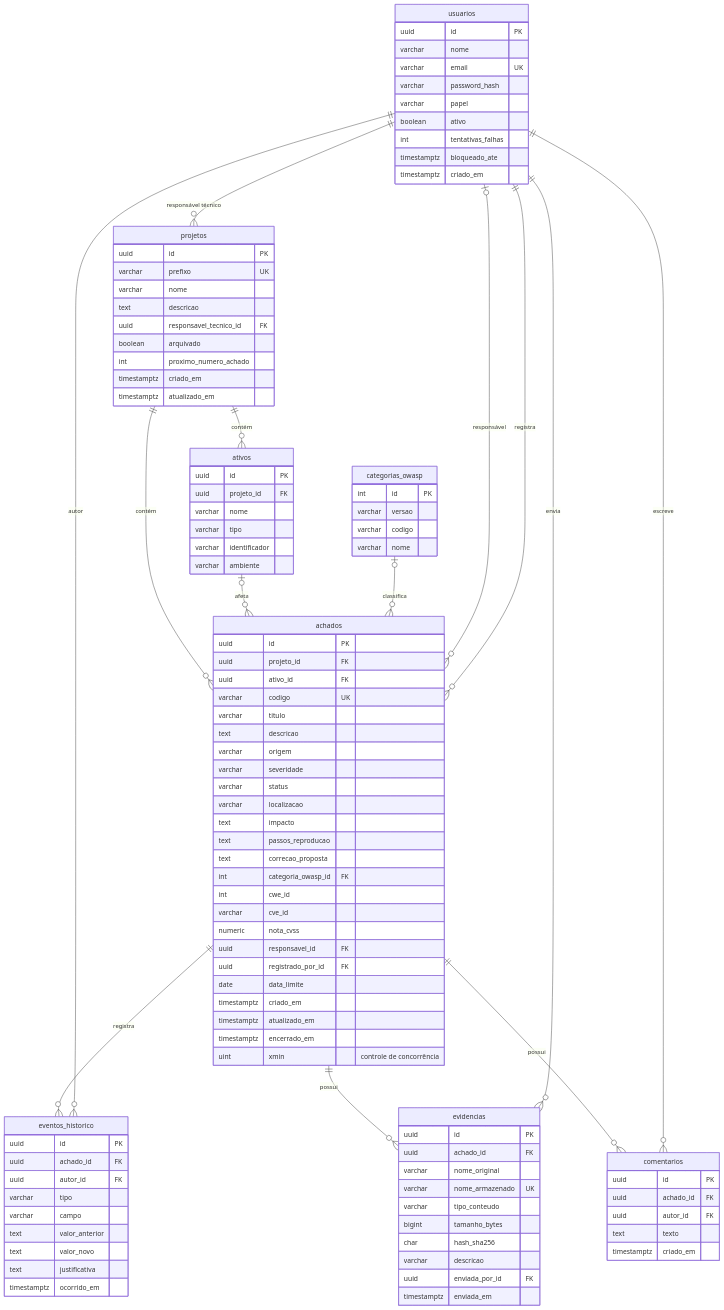
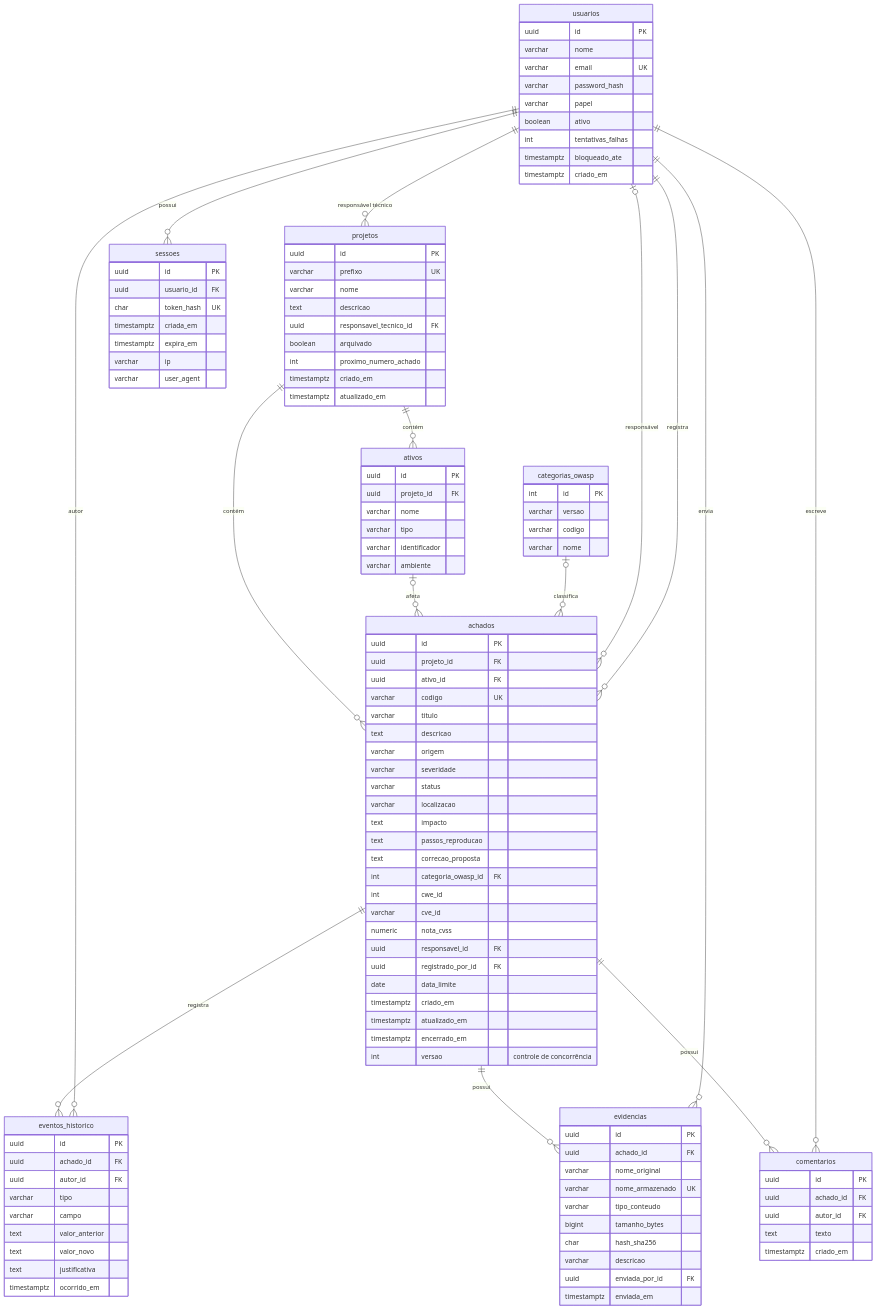
Before and after one commit to DanielTrindade/vulncase: the third of 8 diagrams in docs/03-modelagem.md, drawn with Mermaid. The commit also changed other lines of this file and 10 other files, not shown here.

```diff
--- a/docs/03-modelagem.md
+++ b/docs/03-modelagem.md
@@ -295,7 +295,7 @@
         timestamptz criado_em
         timestamptz atualizado_em
         timestamptz encerrado_em
-        uint xmin "controle de concorrência"
+        int versao "controle de concorrência"
     }
 
     eventos_historico {
@@ -323,6 +323,16 @@
         timestamptz enviada_em
     }
 
+    sessoes {
+        uuid id PK
+        uuid usuario_id FK
+        char token_hash UK
+        timestamptz criada_em
+        timestamptz expira_em
+        varchar ip
+        varchar user_agent
+    }
+
     comentarios {
         uuid id PK
         uuid achado_id FK
@@ -331,6 +341,7 @@
         timestamptz criado_em
     }
 
+    usuarios ||--o{ sessoes : possui
     usuarios ||--o{ projetos : "responsável técnico"
     projetos ||--o{ ativos : contém
     projetos ||--o{ achados : contém
```
